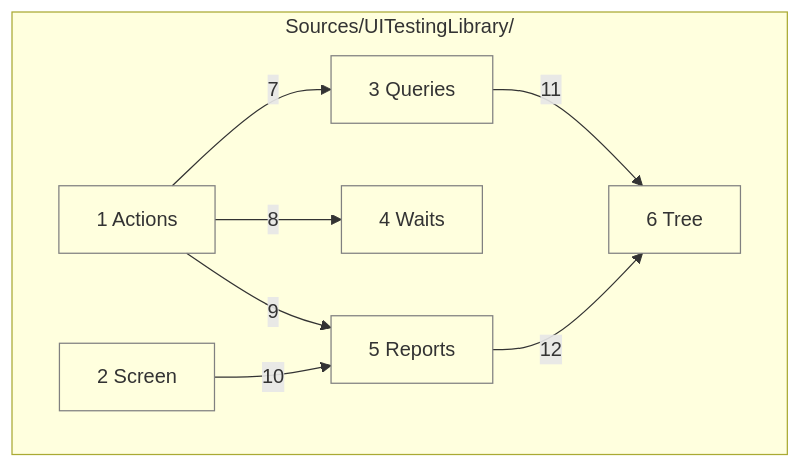
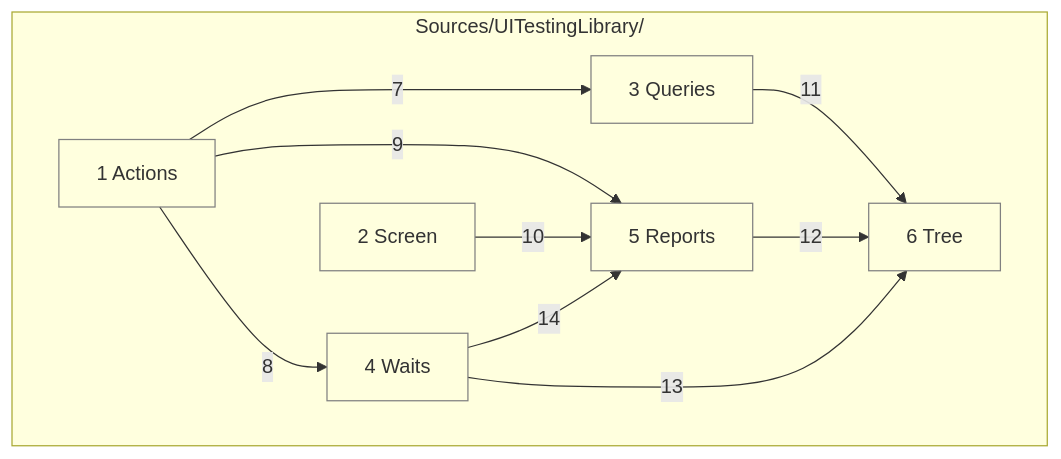
The diagram in docs/architecture/04-code.md (may-journal/apple-ui-testing-library), drawn with Mermaid before and after one commit. The commit also changed other lines of this file and 6 other files, not shown here.

First line of the commit message:
docs(architecture): settle with the clock still and serialize suites

````diff
--- a/docs/architecture/04-code.md
+++ b/docs/architecture/04-code.md
@@ -13,20 +13,22 @@
 ```mermaid
 flowchart TB
     subgraph src["Sources/UITestingLibrary/"]
         actions["1 Actions"]:::layer
         screen["2 Screen"]:::layer
         queries["3 Queries"]:::layer
         waits["4 Waits"]:::layer
         reports["5 Reports"]:::layer
         tree["6 Tree"]:::layer
     end
 
     actions -->|7| queries
     actions -->|8| waits
     actions -->|9| reports
     screen -->|10| reports
     queries -->|11| tree
     reports -->|12| tree
+    waits -->|13| tree
+    waits -->|14| reports
 
     classDef layer fill:none,stroke:gray
 ```
````
